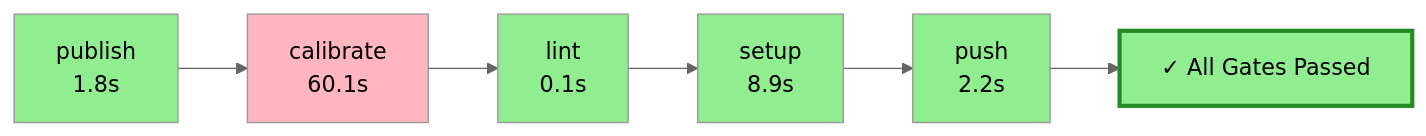
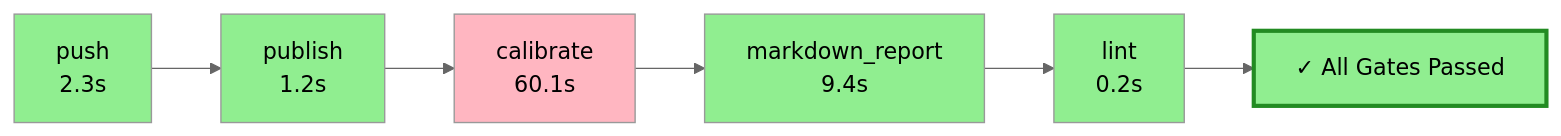
Before and after one commit to wronai/fixos: the diagram in .pyqual/report.md, drawn with Mermaid (neutral theme). The commit also changed other lines of this file and 2 other files, not shown here.

````diff
--- a/.pyqual/report.md
+++ b/.pyqual/report.md
@@ -10,20 +10,20 @@
 ```mermaid
 flowchart LR
-    S0["publish<br/>1.8s"]
+    S0["push<br/>2.3s"]
     style S0 fill:#90EE90
-    S1["calibrate<br/>60.1s"]
-    style S1 fill:#FFB6C1
+    S1["publish<br/>1.2s"]
+    style S1 fill:#90EE90
     S0 --> S1
-    S2["lint<br/>0.1s"]
-    style S2 fill:#90EE90
+    S2["calibrate<br/>60.1s"]
+    style S2 fill:#FFB6C1
     S1 --> S2
-    S3["setup<br/>8.9s"]
+    S3["markdown_report<br/>9.4s"]
     style S3 fill:#90EE90
     S2 --> S3
-    S4["push<br/>2.2s"]
+    S4["lint<br/>0.2s"]
     style S4 fill:#90EE90
     S3 --> S4
     G["✓ All Gates Passed"]
     style G fill:#90EE90,stroke:#228B22,stroke-width:3px
     S4 --> G
 ```
````
